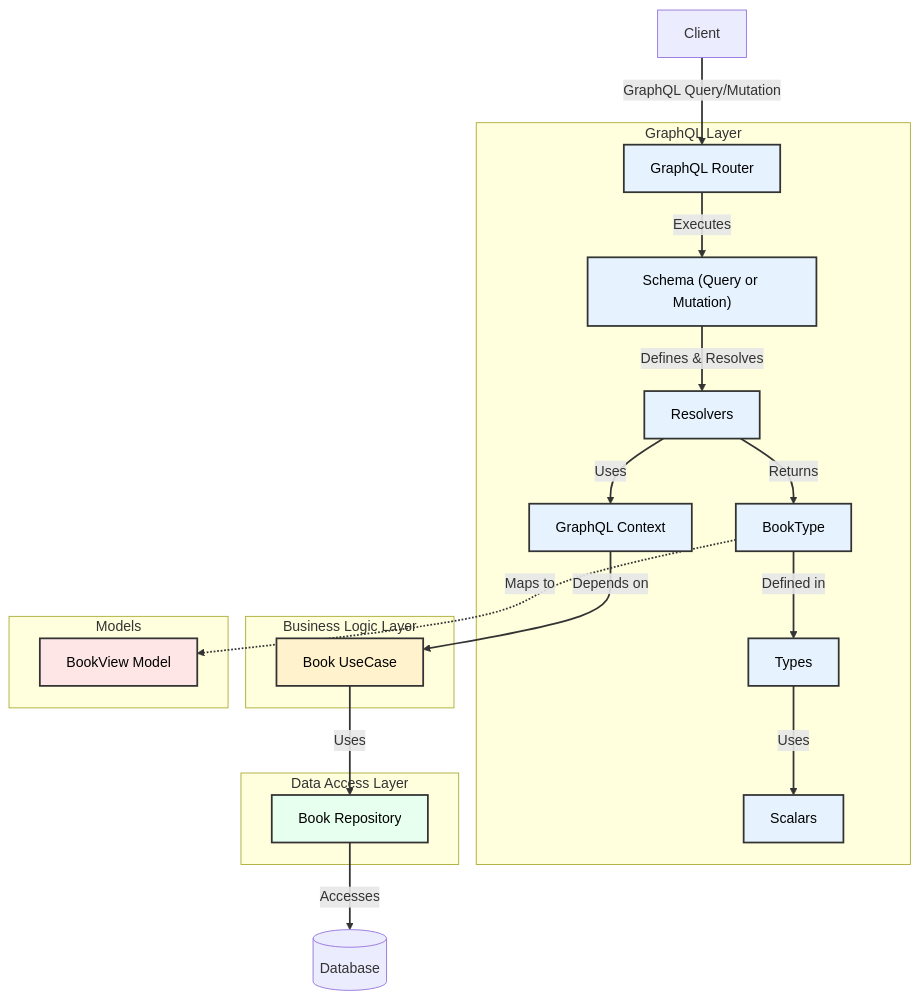
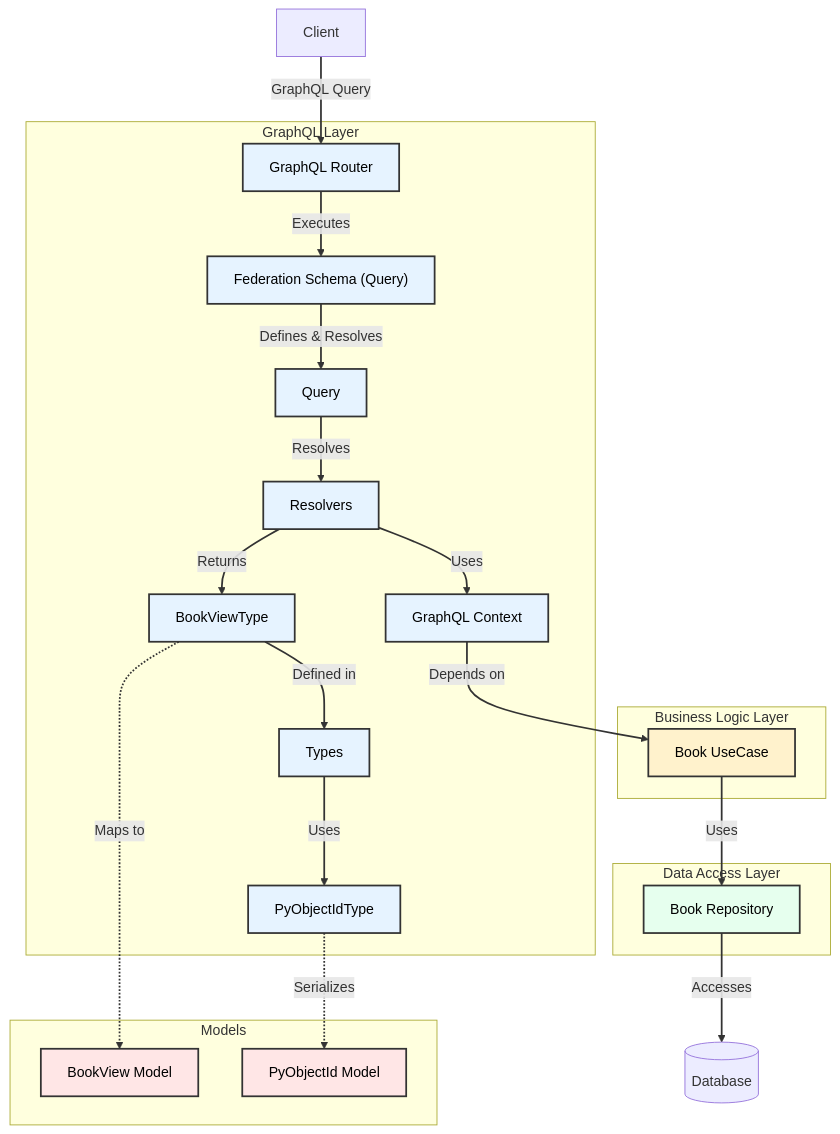
One commit to riii111/fastapi-nuxt3-graphql-sample changed the diagram in README.md. Above: the diagram before and after it, drawn with Mermaid.

Commit message:
フロー図を更新

````diff
--- a/README.md
+++ b/README.md
@@ -12,50 +12,54 @@
 ```mermaid
 graph TD
-    Client[Client] -->|GraphQL Query/Mutation| Router[GraphQL Router]
-    Router -->|Executes| Schema["Schema (Query or Mutation)"]
-    Schema -->|Defines & Resolves| Resolvers[Resolvers]
+    Client[Client] -->|GraphQL Query| Router[GraphQL Router]
+    Router -->|Executes| Schema["Federation Schema (Query)"]
+    Schema -->|Defines & Resolves| Query[Query]
+    Query -->|Resolves| Resolvers[Resolvers]
     Resolvers -->|Uses| Context[GraphQL Context]
     Context -->|Depends on| BookUseCase[Book UseCase]
     BookUseCase -->|Uses| BookRepository[Book Repository]
     BookRepository -->|Accesses| Database[(Database)]
     
-    Resolvers -->|Returns| BookType[BookType]
-    BookType -->|Defined in| Types[Types]
-    Types -->|Uses| Scalars[Scalars]
+    Resolvers -->|Returns| BookViewType[BookViewType]
+    BookViewType -->|Defined in| Types[Types]
+    Types -->|Uses| PyObjectIdType[PyObjectIdType]
     
     subgraph "GraphQL Layer"
         Router
         Schema
+        Query
         Resolvers
         Context
-        BookType
+        BookViewType
         Types
-        Scalars
+        PyObjectIdType
     end
     
     subgraph "Business Logic Layer"
         BookUseCase
     end
     
     subgraph "Data Access Layer"
         BookRepository
     end
     
     subgraph "Models"
         BookView[BookView Model]
+        PyObjectId[PyObjectId Model]
     end
     
-    BookType -.->|Maps to| BookView
+    BookViewType -.->|Maps to| BookView
+    PyObjectIdType -.->|Serializes| PyObjectId
     
     classDef graphql fill:#e6f3ff,stroke:#333,stroke-width:2px,color:#000;
     classDef business fill:#fff2cc,stroke:#333,stroke-width:2px,color:#000;
     classDef data fill:#e6ffee,stroke:#333,stroke-width:2px,color:#000;
     classDef model fill:#ffe6e6,stroke:#333,stroke-width:2px,color:#000;
     
-    class Router,Schema,Resolvers,Context,BookType,Types,Scalars graphql;
+    class Router,Schema,Query,Resolvers,Context,BookViewType,Types,PyObjectIdType graphql;
     class BookUseCase business;
     class BookRepository data;
-    class BookView model;
+    class BookView,PyObjectId model;
 
     linkStyle default fill:none,stroke:#333,stroke-width:2px;
 ```
````
